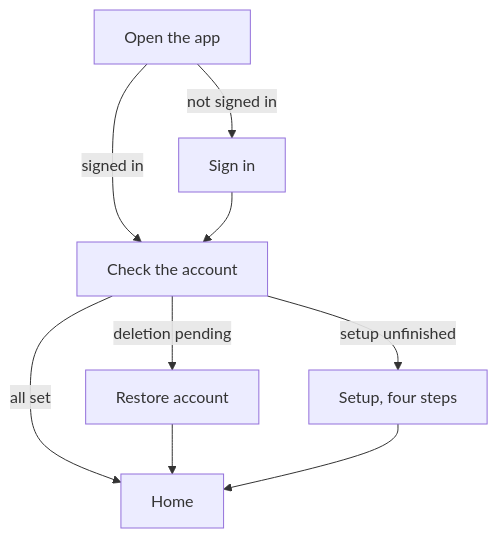
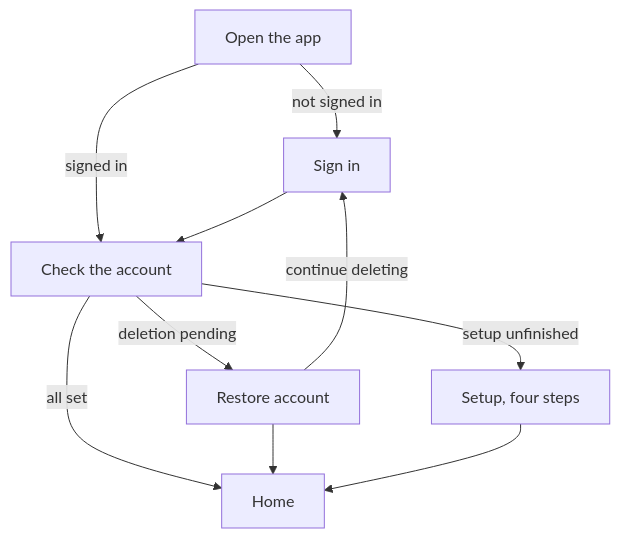
The first of 2 diagrams in apps/ios/README.md (ravialdyh/my-money-recap-monorepo), drawn with Mermaid before and after one commit. The commit also changed other lines of this file and 28 other files, not shown here.

````diff
--- a/apps/ios/README.md
+++ b/apps/ios/README.md
@@ -10,17 +11,18 @@
 ```mermaid
 flowchart TD
     open["Open the app"]
     signin["Sign in"]
     check["Check the account"]
     restore["Restore account"]
     setup["Setup, four steps"]
     home["Home"]
     open -- "not signed in" --> signin
     open -- "signed in" --> check
     signin --> check
     check -- "deletion pending" --> restore
     check -- "setup unfinished" --> setup
     check -- "all set" --> home
     restore --> home
+    restore -- "continue deleting" --> signin
     setup --> home
 ```
````
